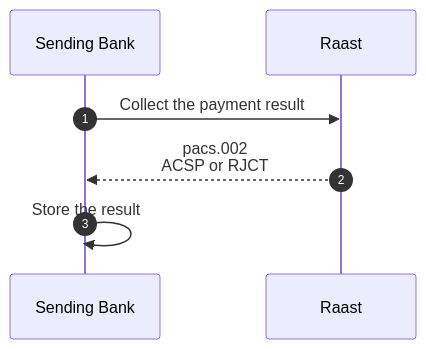
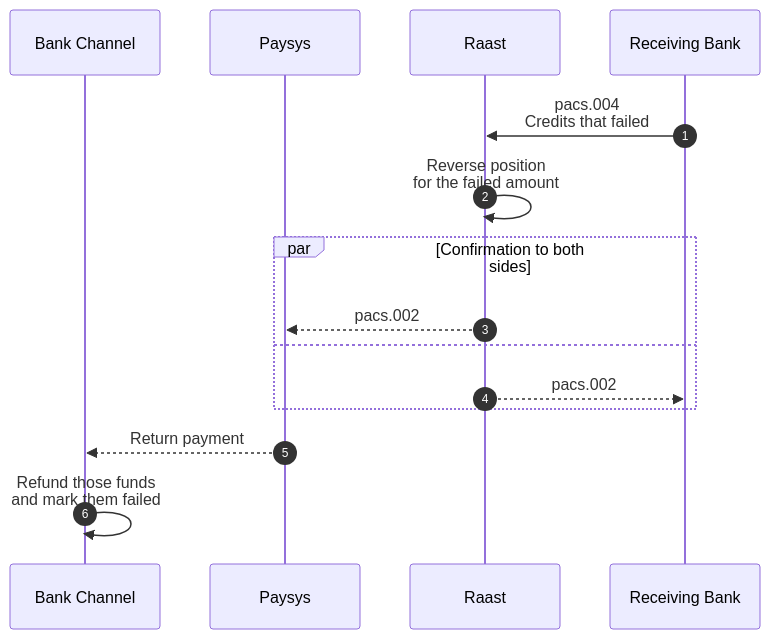
The third of 6 diagrams in modules/05-bulk-payments/05_Raast_Bulk_Sending_Overview.md (HuzaifaTanzeel/raast-training-public), drawn with Mermaid before and after one commit. The commit also changed other lines of this file and 2 other files, not shown here.

Commit message:
Align bulk sending with the Paysys path to Raast.

````diff
--- a/modules/05-bulk-payments/05_Raast_Bulk_Sending_Overview.md
+++ b/modules/05-bulk-payments/05_Raast_Bulk_Sending_Overview.md
@@ -86,10 +111,18 @@
 ```mermaid
 sequenceDiagram
     autonumber
-    participant B as Sending Bank
+    participant C as Bank Channel
+    participant P as Paysys
     participant R as Raast
+    participant BB as Receiving Bank
 
-    B->>R: Collect the payment result
-    R-->>B: pacs.002<br/>ACSP or RJCT
-    B->>B: Store the result
+    BB->>R: pacs.004<br/>Credits that failed
+    R->>R: Reverse position<br/>for the failed amount
+    par Confirmation to both sides
+        R-->>P: pacs.002
+    and
+        R-->>BB: pacs.002
+    end
+    P-->>C: Return payment
+    C->>C: Refund those funds<br/>and mark them failed
 ```
````
